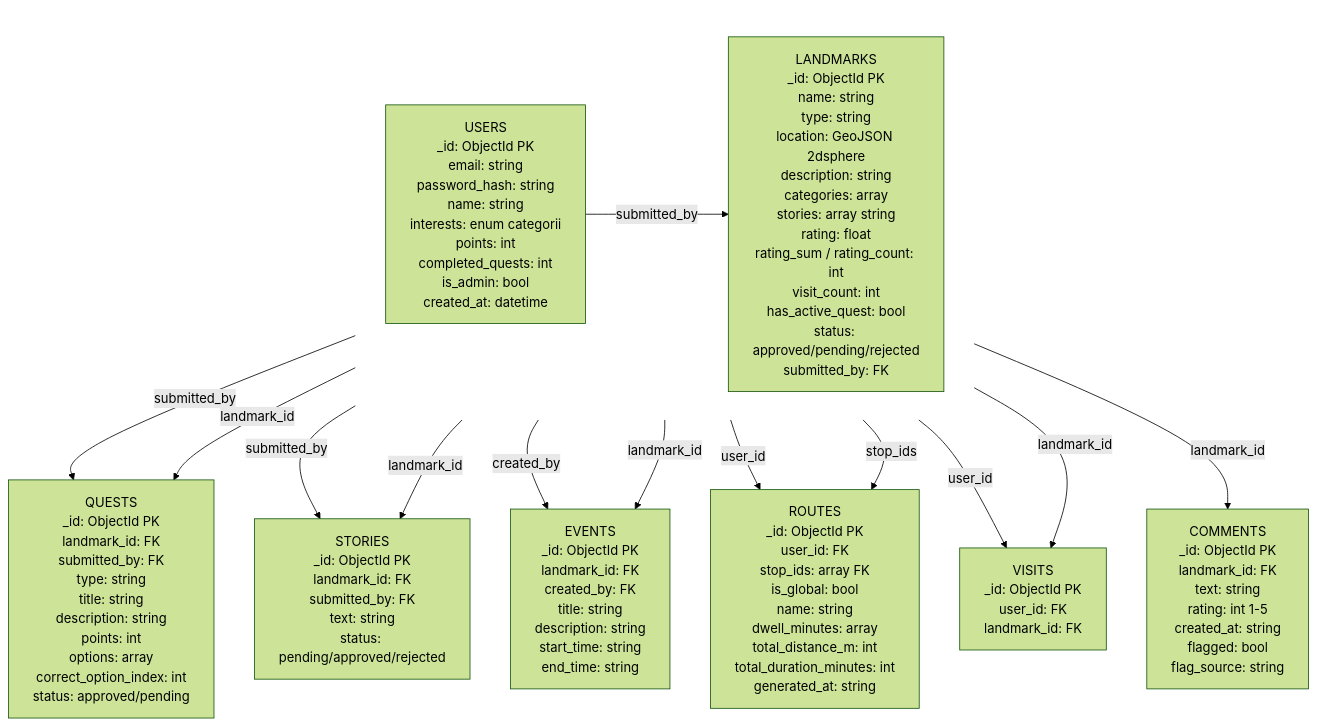
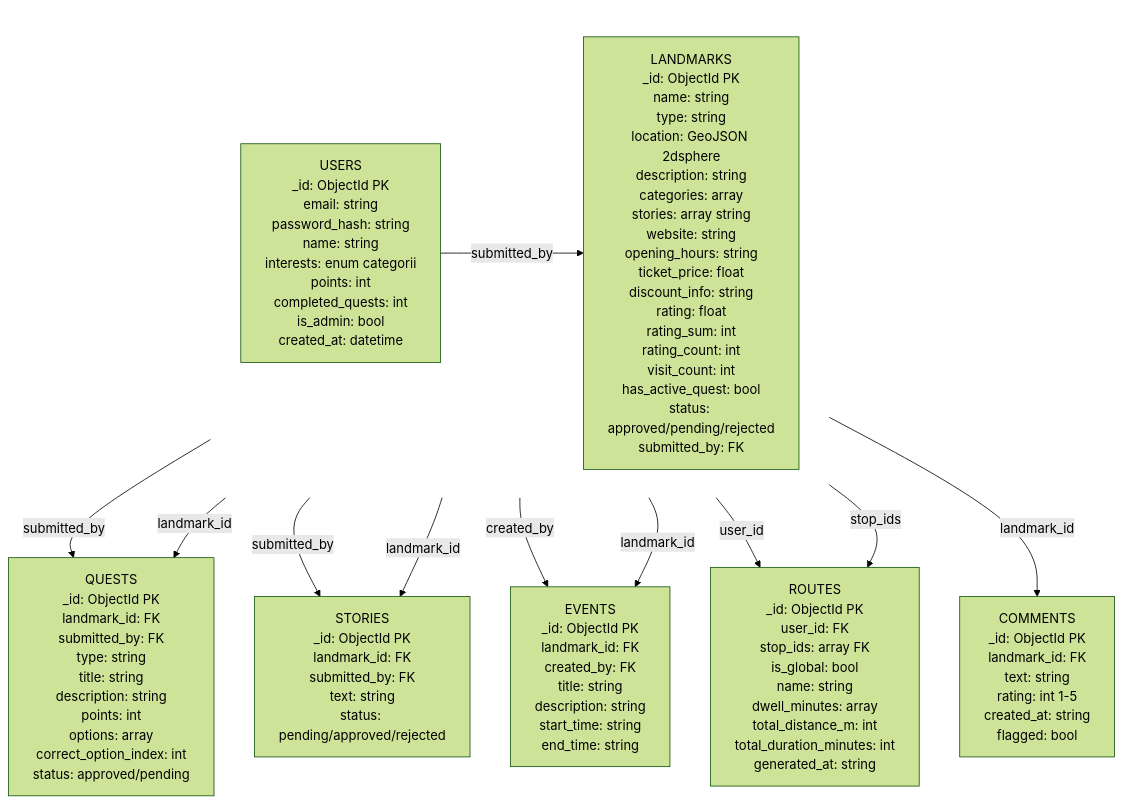
Before and after one commit to Cozma-Andrei/CultureQuest: the diagram in mmd/db.mmd, drawn with Mermaid (forest theme). The commit also changed 3 other files, not shown here.

```diff
--- a/mmd/db.mmd
+++ b/mmd/db.mmd
@@ -1,33 +1,29 @@
 flowchart TB
     subgraph hub[" "]
         direction LR
         USERS["USERS<br/>_id: ObjectId PK<br/>email: string<br/>password_hash: string<br/>name: string<br/>interests: enum categorii<br/>points: int<br/>completed_quests: int<br/>is_admin: bool<br/>created_at: datetime"]
-        LANDMARKS["LANDMARKS<br/>_id: ObjectId PK<br/>name: string<br/>type: string<br/>location: GeoJSON 2dsphere<br/>description: string<br/>categories: array<br/>stories: array string<br/>rating: float<br/>rating_sum / rating_count: int<br/>visit_count: int<br/>has_active_quest: bool<br/>status: approved/pending/rejected<br/>submitted_by: FK"]
+        LANDMARKS["LANDMARKS<br/>_id: ObjectId PK<br/>name: string<br/>type: string<br/>location: GeoJSON 2dsphere<br/>description: string<br/>categories: array<br/>stories: array string<br/>website: string<br/>opening_hours: string<br/>ticket_price: float<br/>discount_info: string<br/>rating: float<br/>rating_sum: int<br/>rating_count: int<br/>visit_count: int<br/>has_active_quest: bool<br/>status: approved/pending/rejected<br/>submitted_by: FK"]
     end
 
     QUESTS["QUESTS<br/>_id: ObjectId PK<br/>landmark_id: FK<br/>submitted_by: FK<br/>type: string<br/>title: string<br/>description: string<br/>points: int<br/>options: array<br/>correct_option_index: int<br/>status: approved/pending"]
 
     ROUTES["ROUTES<br/>_id: ObjectId PK<br/>user_id: FK<br/>stop_ids: array FK<br/>is_global: bool<br/>name: string<br/>dwell_minutes: array<br/>total_distance_m: int<br/>total_duration_minutes: int<br/>generated_at: string"]
 
     EVENTS["EVENTS<br/>_id: ObjectId PK<br/>landmark_id: FK<br/>created_by: FK<br/>title: string<br/>description: string<br/>start_time: string<br/>end_time: string"]
 
-    COMMENTS["COMMENTS<br/>_id: ObjectId PK<br/>landmark_id: FK<br/>text: string<br/>rating: int 1-5<br/>created_at: string<br/>flagged: bool<br/>flag_source: string"]
+    COMMENTS["COMMENTS<br/>_id: ObjectId PK<br/>landmark_id: FK<br/>text: string<br/>rating: int 1-5<br/>created_at: string<br/>flagged: bool"]
 
     STORIES["STORIES<br/>_id: ObjectId PK<br/>landmark_id: FK<br/>submitted_by: FK<br/>text: string<br/>status: pending/approved/rejected"]
-
-    VISITS["VISITS<br/>_id: ObjectId PK<br/>user_id: FK<br/>landmark_id: FK"]
 
     USERS -->|submitted_by| LANDMARKS
     USERS -->|submitted_by| QUESTS
     USERS -->|submitted_by| STORIES
     USERS -->|created_by| EVENTS
     USERS -->|user_id| ROUTES
-    USERS -->|user_id| VISITS
     LANDMARKS -->|landmark_id| QUESTS
     LANDMARKS -->|landmark_id| EVENTS
     LANDMARKS -->|landmark_id| COMMENTS
     LANDMARKS -->|landmark_id| STORIES
-    LANDMARKS -->|landmark_id| VISITS
     LANDMARKS -->|stop_ids| ROUTES
 
     style hub fill:none,stroke:none
```
